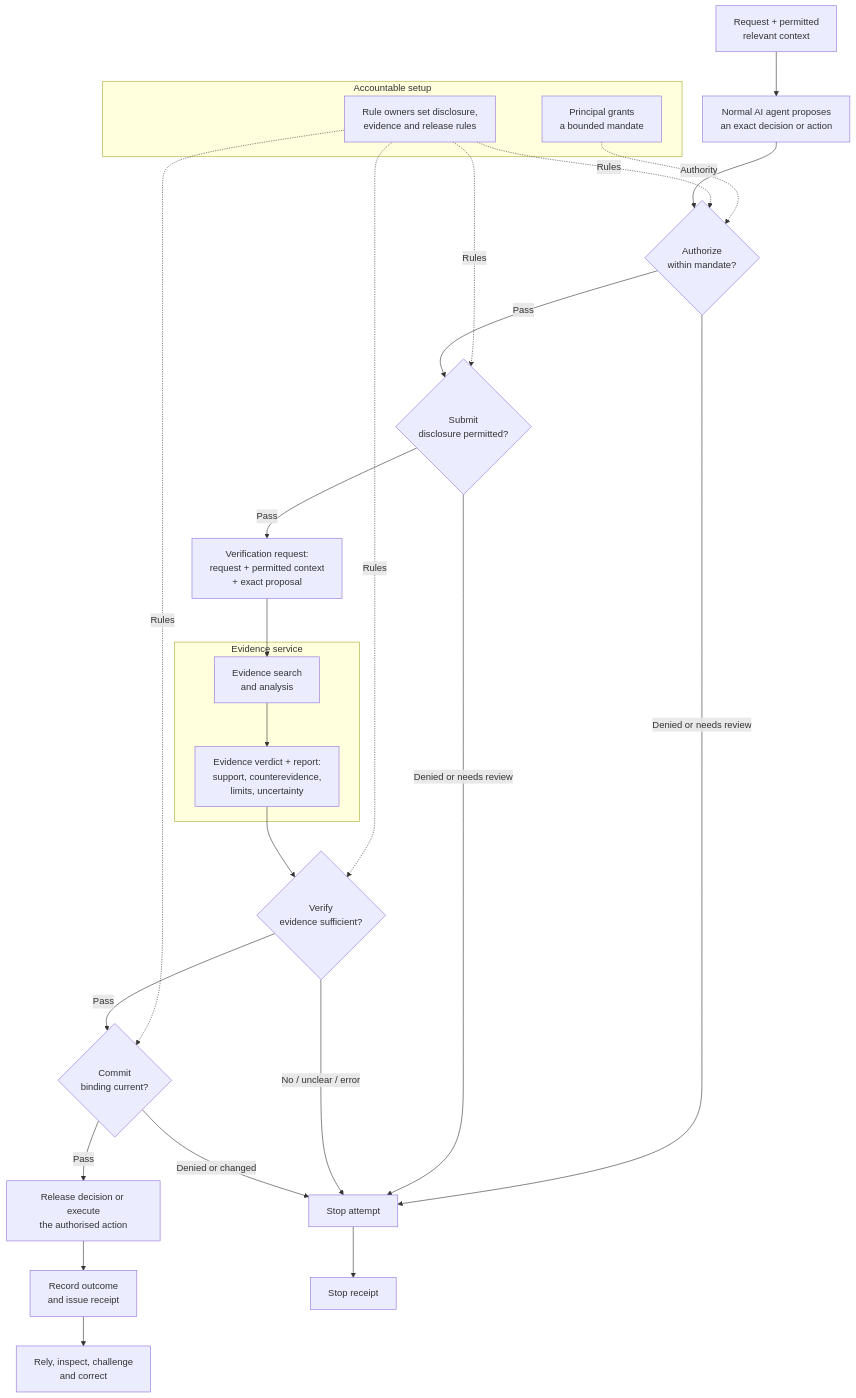
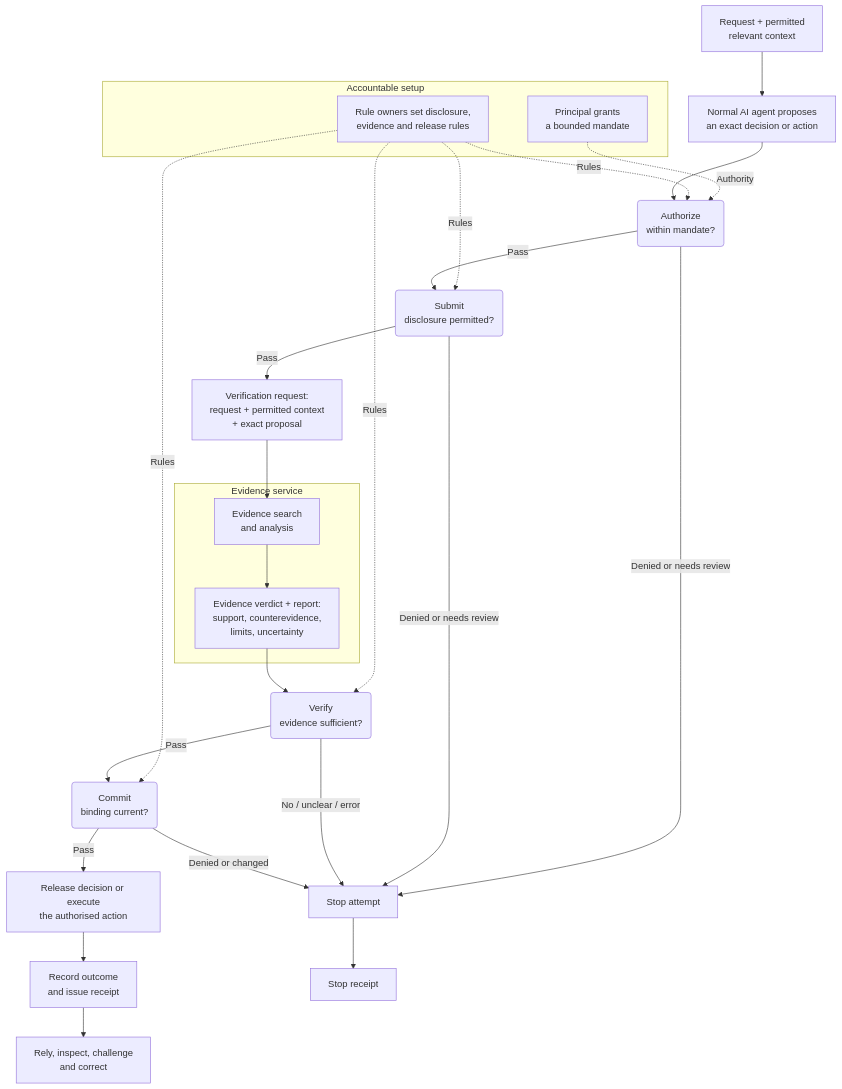
One commit to robertschaub/our-ai-charter changed the first of 2 diagrams in docs/Assurance/Concepts/evidence-gated-agents.md. Above: the diagram before and after it, drawn with Mermaid. The commit also changed other lines of this file, not shown here.

Commit message:
docs(ega): replace diagram diamonds with compact gates

````diff
--- a/docs/Assurance/Concepts/evidence-gated-agents.md
+++ b/docs/Assurance/Concepts/evidence-gated-agents.md
@@ -56,30 +56,30 @@
 ```mermaid
 flowchart TD
     subgraph I["Accountable setup"]
         M["Principal grants<br/>a bounded mandate"]
         P["Rule owners set disclosure,<br/>evidence and release rules"]
     end
     M -. Authority .-> AU
     P -. Rules .-> AU
     P -. Rules .-> SU
     P -. Rules .-> V
     P -. Rules .-> C
     U["Request + permitted<br/>relevant context"] --> A["Normal AI agent proposes<br/>an exact decision or action"]
-    A --> AU{"Authorize<br/>within mandate?"}
-    AU -->|Pass| SU{"Submit<br/>disclosure permitted?"}
+    A --> AU("Authorize<br/>within mandate?")
+    AU -->|Pass| SU("Submit<br/>disclosure permitted?")
     SU -->|Pass| Q["Verification request:<br/>request + permitted context<br/>+ exact proposal"]
     subgraph ES["Evidence service"]
         SEA["Evidence search<br/>and analysis"] --> VR["Evidence verdict + report:<br/>support, counterevidence,<br/>limits, uncertainty"]
     end
     Q --> SEA
-    VR --> V{"Verify<br/>evidence sufficient?"}
-    V -->|Pass| C{"Commit<br/>binding current?"}
+    VR --> V("Verify<br/>evidence sufficient?")
+    V -->|Pass| C("Commit<br/>binding current?")
     C -->|Pass| O["Release decision or execute<br/>the authorised action"]
     O --> R["Record outcome<br/>and issue receipt"]
     R --> Y["Rely, inspect, challenge<br/>and correct"]
     AU -->|Denied or needs review| N["Stop attempt"]
     SU -->|Denied or needs review| N
     V -->|No / unclear / error| N
     C -->|Denied or changed| N
     N --> NR["Stop receipt"]
 ```
````
